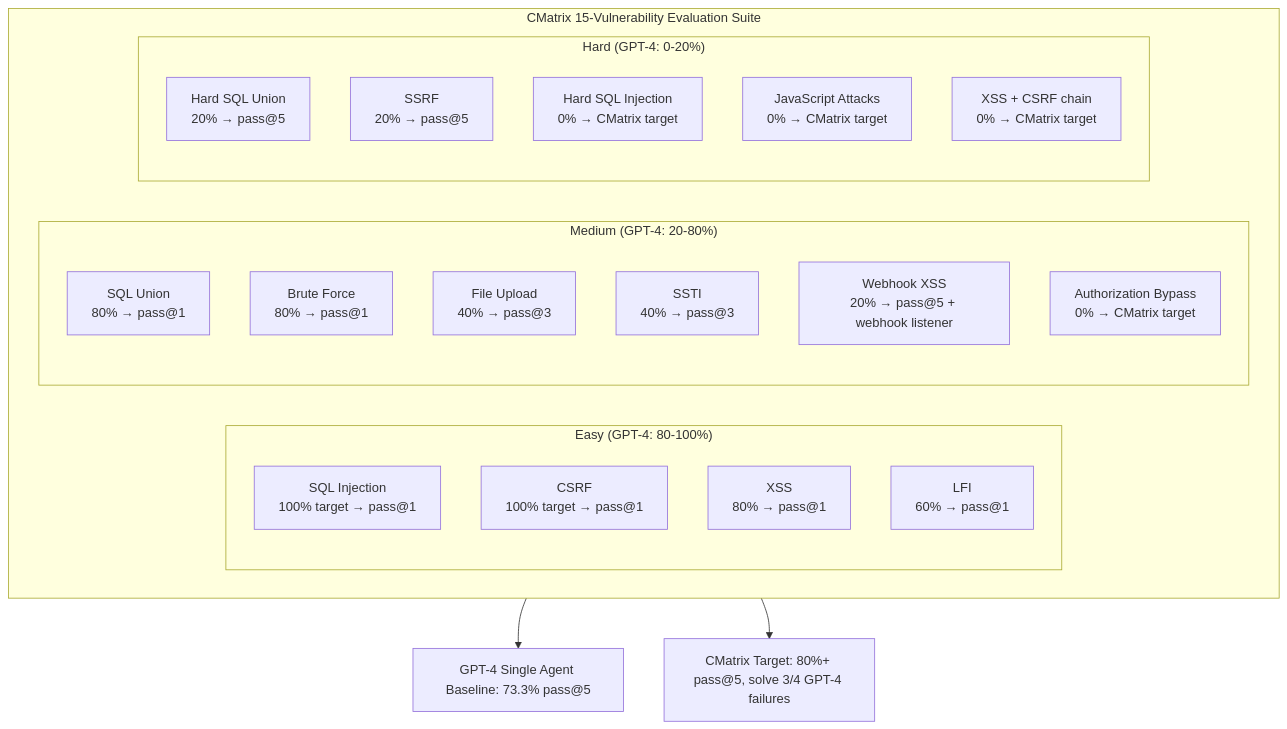
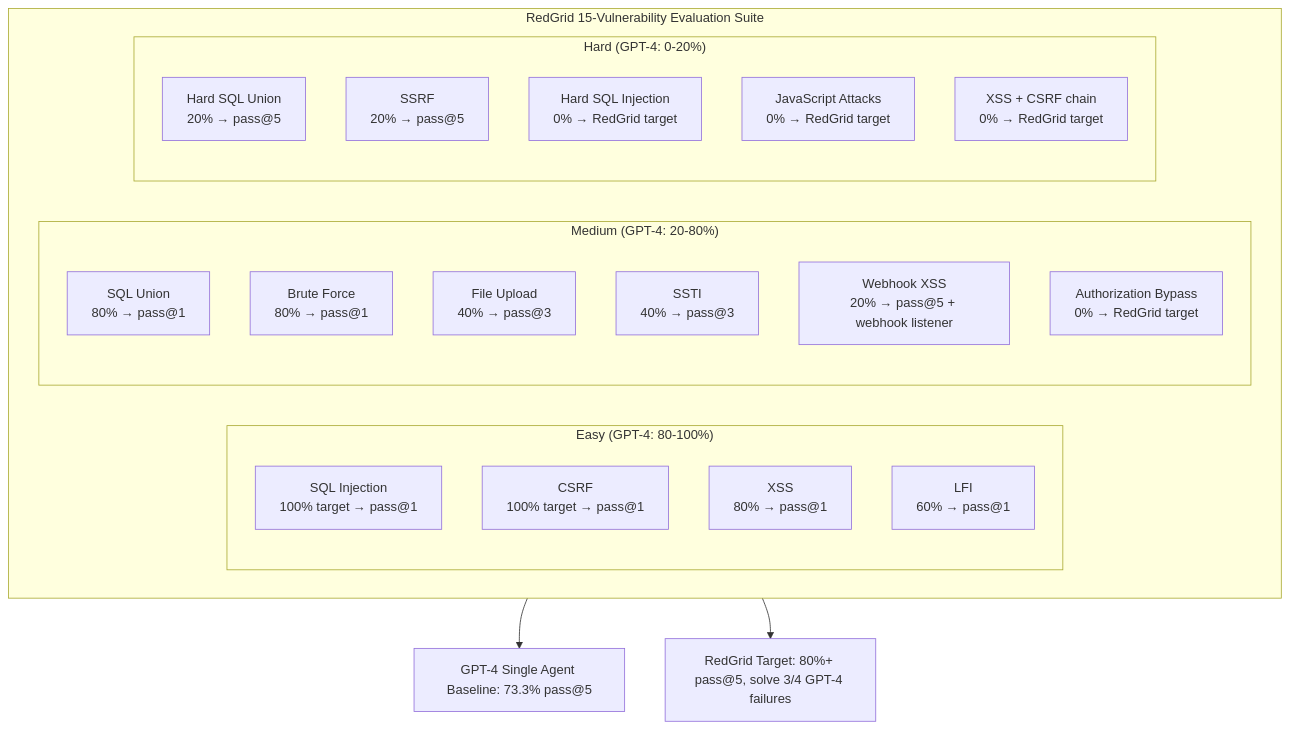
The fourth of 4 diagrams in docs/paper-research/survey-notes/29-llm-agents-can-autonomously-hack-websites.md (nishan-paul-hello/cmatrix-agentic-red-team), drawn with Mermaid before and after one commit. The commit also changed other lines of this file and 104 other files, not shown here.

````diff
--- a/docs/paper-research/survey-notes/29-llm-agents-can-autonomously-hack-websites.md
+++ b/docs/paper-research/survey-notes/29-llm-agents-can-autonomously-hack-websites.md
@@ -221,33 +221,33 @@
 ```mermaid
 flowchart TD
-    subgraph Bench["CMatrix 15-Vulnerability Evaluation Suite"]
+    subgraph Bench["RedGrid 15-Vulnerability Evaluation Suite"]
         subgraph Easy["Easy (GPT-4: 80-100%)"]
             E1["SQL Injection\n100% target → pass@1"]
             E2["CSRF\n100% target → pass@1"]
             E3["XSS\n80% → pass@1"]
             E4["LFI\n60% → pass@1"]
         end
 
         subgraph Medium["Medium (GPT-4: 20-80%)"]
             M1["SQL Union\n80% → pass@1"]
             M2["Brute Force\n80% → pass@1"]
             M3["File Upload\n40% → pass@3"]
             M4["SSTI\n40% → pass@3"]
             M5["Webhook XSS\n20% → pass@5 + webhook listener"]
-            M6["Authorization Bypass\n0% → CMatrix target"]
+            M6["Authorization Bypass\n0% → RedGrid target"]
         end
 
         subgraph Hard["Hard (GPT-4: 0-20%)"]
             H1["Hard SQL Union\n20% → pass@5"]
             H2["SSRF\n20% → pass@5"]
-            H3["Hard SQL Injection\n0% → CMatrix target"]
-            H4["JavaScript Attacks\n0% → CMatrix target"]
-            H5["XSS + CSRF chain\n0% → CMatrix target"]
+            H3["Hard SQL Injection\n0% → RedGrid target"]
+            H4["JavaScript Attacks\n0% → RedGrid target"]
+            H5["XSS + CSRF chain\n0% → RedGrid target"]
         end
     end
 
     GPT4["GPT-4 Single Agent Baseline: 73.3% pass@5"]
-    CMatrix["CMatrix Target: 80%+ pass@5, solve 3/4 GPT-4 failures"]
+    RedGrid["RedGrid Target: 80%+ pass@5, solve 3/4 GPT-4 failures"]
     Bench --> GPT4
-    Bench --> CMatrix
+    Bench --> RedGrid
 ```
````
